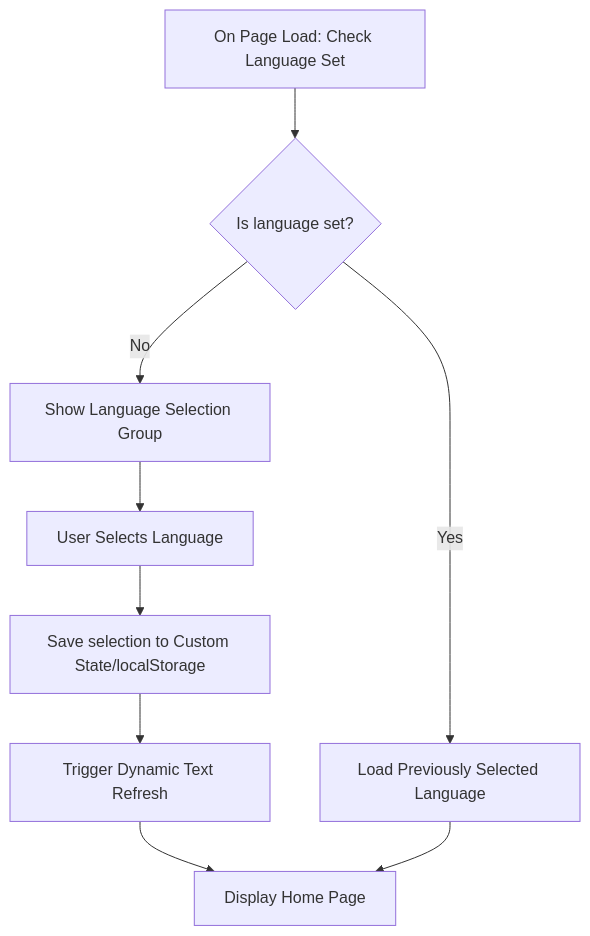
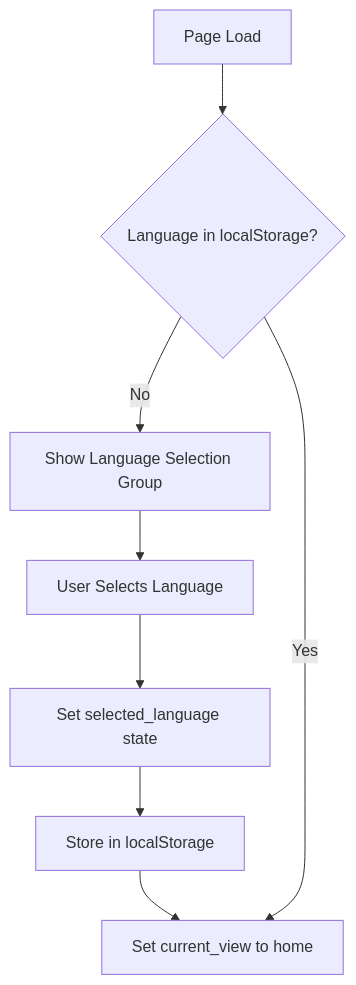
The third of 14 diagrams in Documents/TechnicalSpecification/technicalSpecification.md (algosup/2024-2025-project-5-bubble-intermarche-team-5), drawn with Mermaid before and after one commit. The commit also changed other lines of this file and 1 other file, not shown here.

````diff
--- a/Documents/TechnicalSpecification/technicalSpecification.md
+++ b/Documents/TechnicalSpecification/technicalSpecification.md
@@ -294,11 +570,10 @@
 ```mermaid
 flowchart TD
-    trigger[On Page Load: Check Language Set] --> condition{Is language set?}
-    condition -->|No| show_lang[Show Language Selection Group]
-    condition -->|Yes| load_lang[Load Previously Selected Language]
-    show_lang --> select_lang[User Selects Language]
-    select_lang --> save_state[Save selection to Custom State/localStorage]
-    save_state --> refresh[Trigger Dynamic Text Refresh]
-    refresh --> display_home[Display Home Page]
-    load_lang --> display_home
+    A[Page Load] --> B{Language in localStorage?}
+    B -- No --> C[Show Language Selection Group]
+    C --> D[User Selects Language]
+    D --> E[Set selected_language state]
+    E --> F[Store in localStorage]
+    F --> G[Set current_view to home]
+    B -- Yes --> G
 ```
````
